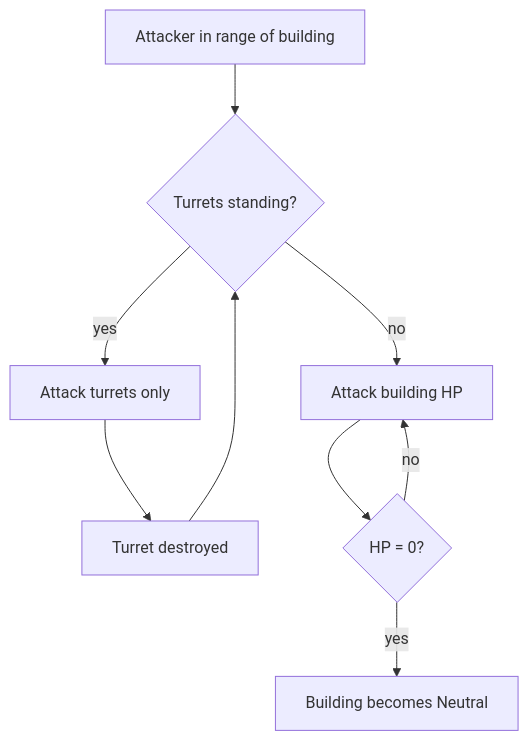
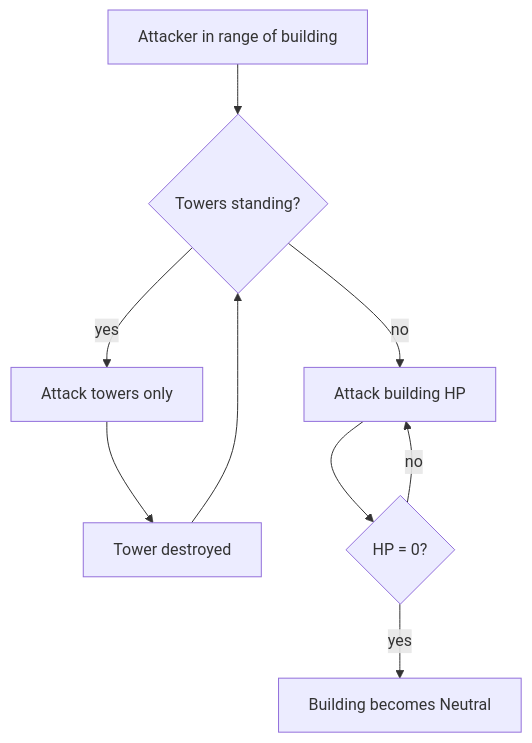
One commit to jhofer/ar-map-game changed the fifth of 16 diagrams in docs/GAME_DESIGN.md. Above: the diagram before and after it, drawn with Mermaid. The commit also changed other lines of this file, not shown here.

First line of the commit message:
Specify entity model: building, factory, tower, unit

````diff
--- a/docs/GAME_DESIGN.md
+++ b/docs/GAME_DESIGN.md
@@ -245,11 +288,11 @@
 ```mermaid
 flowchart TD
-    A[Attacker in range of building] --> B{Turrets standing?}
-    B -->|yes| C[Attack turrets only]
-    C --> D[Turret destroyed]
+    A[Attacker in range of building] --> B{Towers standing?}
+    B -->|yes| C[Attack towers only]
+    C --> D[Tower destroyed]
     D --> B
     B -->|no| E[Attack building HP]
     E --> F{HP = 0?}
     F -->|no| E
     F -->|yes| G[Building becomes Neutral]
 ```
````
